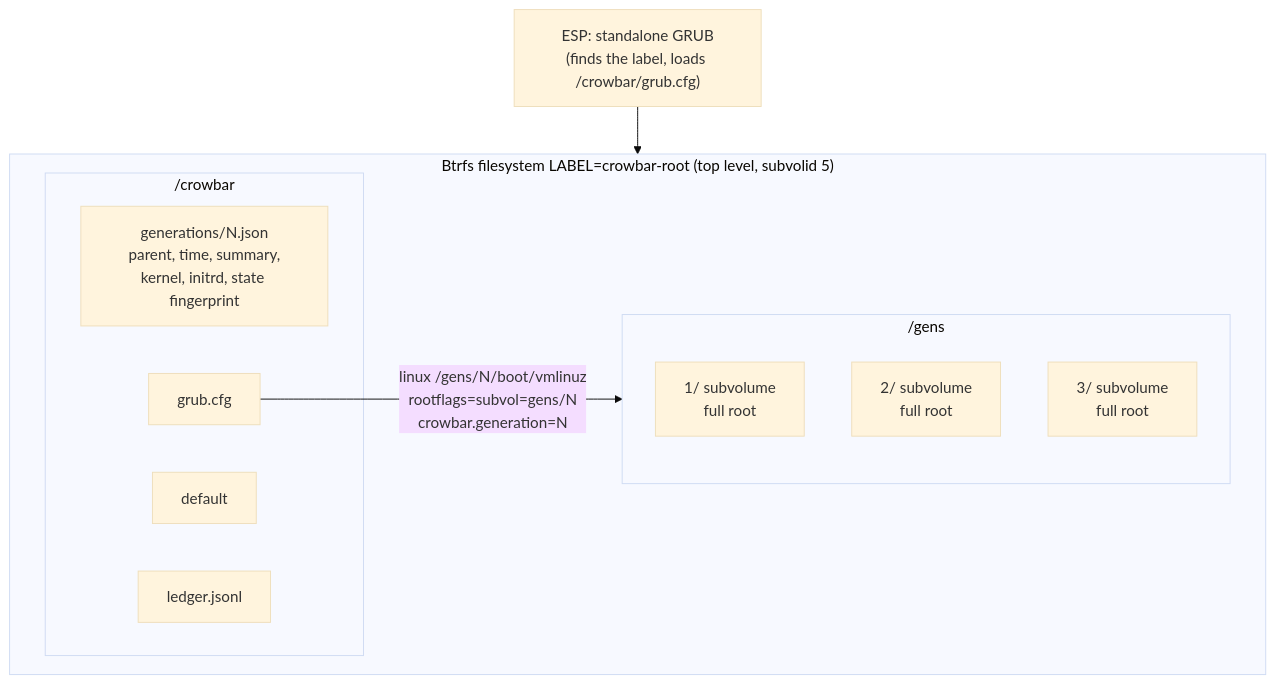
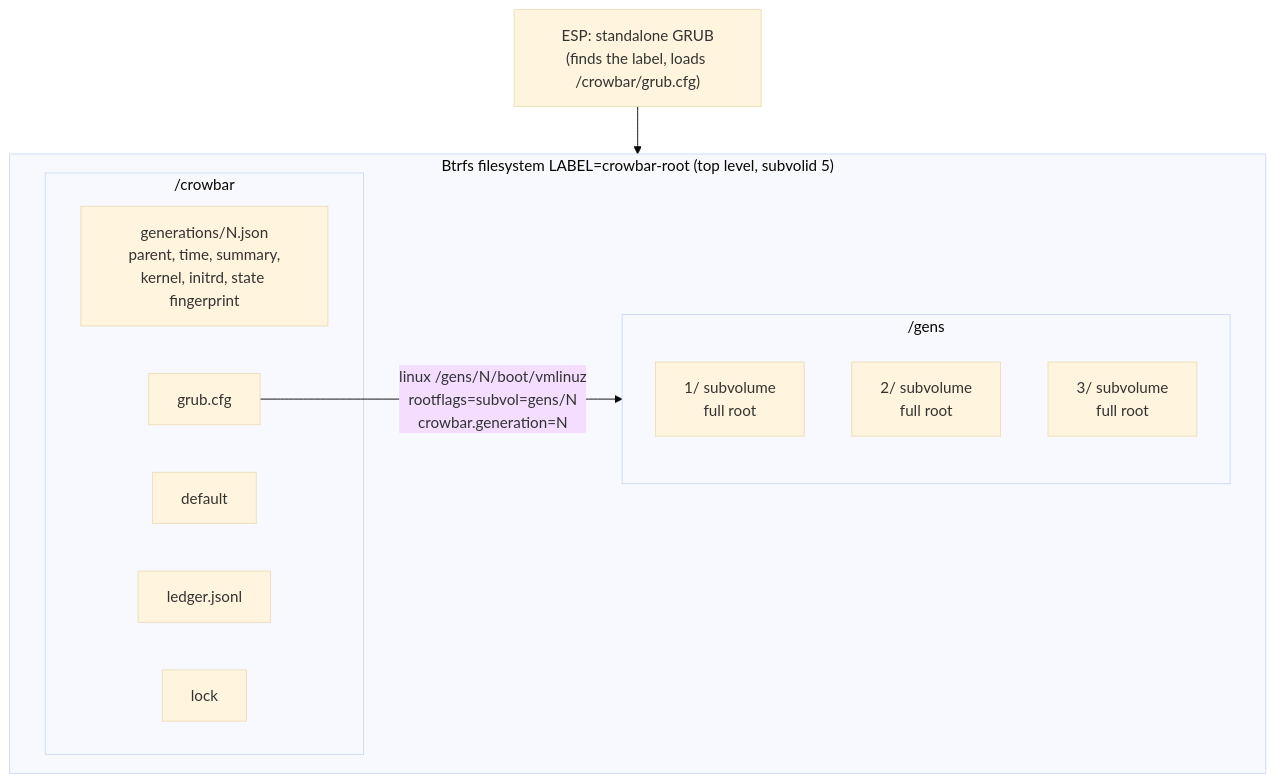
The fourth of 6 diagrams in docs/agent-first/design/state-and-apply-engine.md (crowbaros/crowbaros), drawn with Mermaid (base theme) before and after one commit. The commit also changed other lines of this file and 25 other files, not shown here.

````diff
--- a/docs/agent-first/design/state-and-apply-engine.md
+++ b/docs/agent-first/design/state-and-apply-engine.md
@@ -230,19 +416,20 @@
 ```mermaid
 flowchart TB
     subgraph BTRFS["Btrfs filesystem LABEL=crowbar-root (top level, subvolid 5)"]
         direction LR
         subgraph gens["/gens"]
             G1["1/ subvolume<br/>full root"]
             G2["2/ subvolume<br/>full root"]
             G3["3/ subvolume<br/>full root"]
         end
         subgraph meta["/crowbar"]
             REC["generations/N.json<br/>parent, time, summary,<br/>kernel, initrd, state fingerprint"]
             DEF[default]
             GC[grub.cfg]
             LED[ledger.jsonl]
+            LCK[lock]
         end
     end
     ESP["ESP: standalone GRUB<br/>(finds the label, loads /crowbar/grub.cfg)"] --> GC
     GC -->|"linux /gens/N/boot/vmlinuz<br/>rootflags=subvol=gens/N<br/>crowbar.generation=N"| gens
 ```
````
